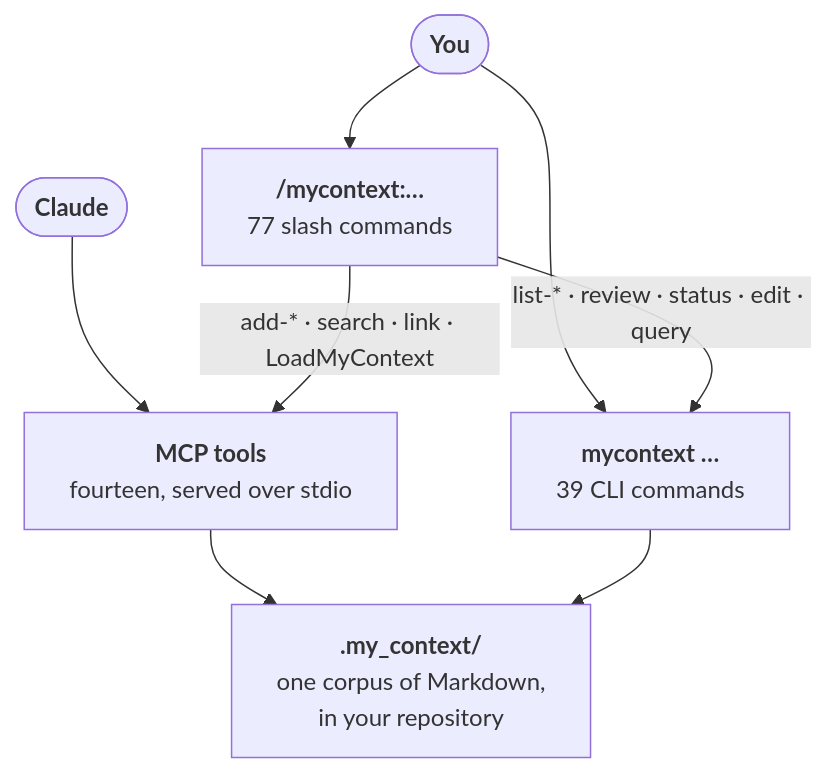
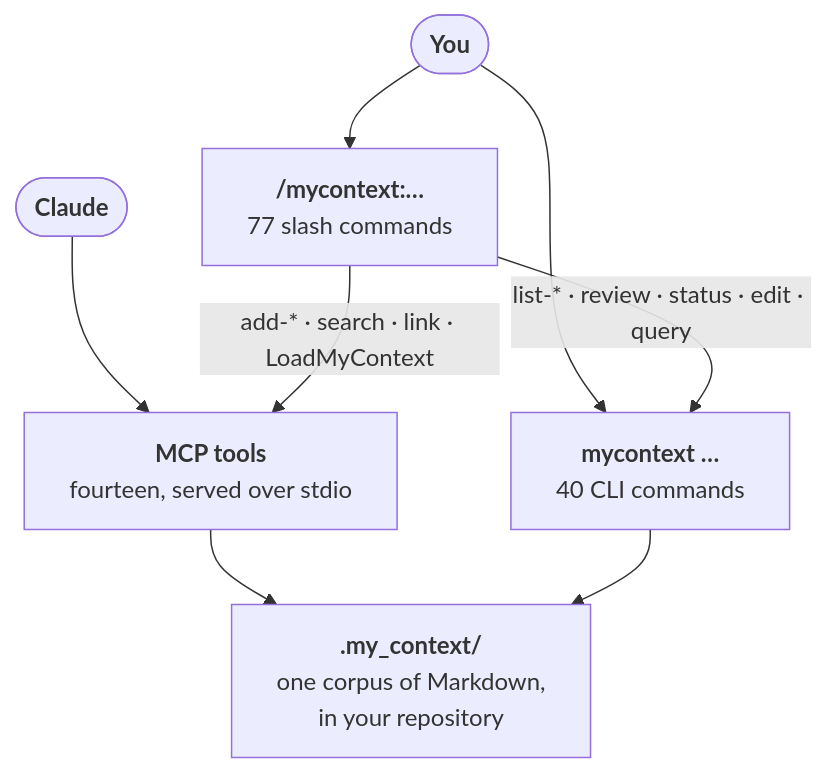
One commit to Dudi-Bar-On/my-context changed the fourth of 5 diagrams in README.md. Above: the diagram before and after it, drawn with Mermaid. The commit also changed other lines of this file and 18 other files, not shown here.

First line of the commit message:
ui: the charts were never told how much room they had, and the relation labels were cut 21% by a scale bound

````diff
--- a/README.md
+++ b/README.md
@@ -1845,10 +1845,10 @@
 ```mermaid
 flowchart TB
   U(["<b>You</b>"]) --> SL["<b>/mycontext:…</b><br/>77 slash commands"]
-  U --> CL["<b>mycontext …</b><br/>39 CLI commands"]
+  U --> CL["<b>mycontext …</b><br/>40 CLI commands"]
   A(["<b>Claude</b>"]) --> TL["<b>MCP tools</b><br/>fourteen, served over stdio"]
   SL -->|"add-* · search · link · LoadMyContext"| TL
   SL -->|"list-* · review · status · edit · query"| CL
   TL --> CO["<b>.my_context/</b><br/>one corpus of Markdown,<br/>in your repository"]
   CL --> CO
 ```
````
